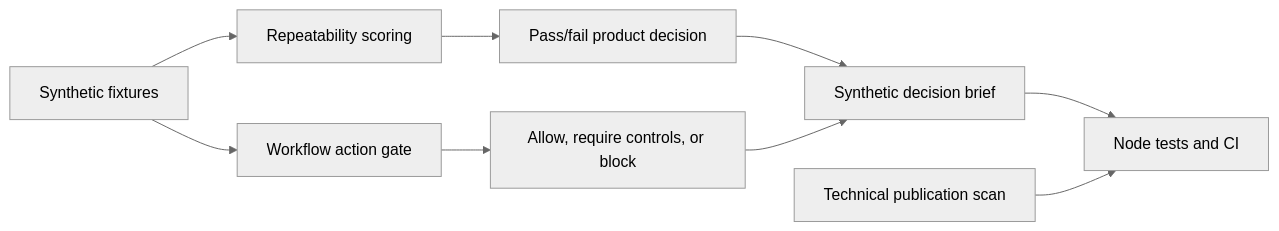
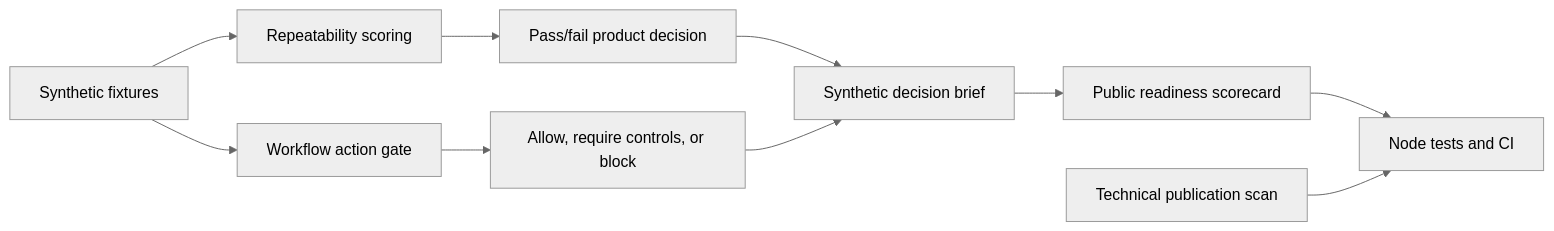
Before and after one commit to guillaumevele/ai-product-lab: the diagram in docs/public-proof-pack.md, drawn with Mermaid (neutral theme). The commit also changed other lines of this file and 7 other files, not shown here.

Commit message:
Add public readiness scorecard

````diff
--- a/docs/public-proof-pack.md
+++ b/docs/public-proof-pack.md
@@ -45,11 +47,12 @@
 ```mermaid
 flowchart LR
   Fixture[Synthetic fixtures] --> Repeatability[Repeatability scoring]
   Fixture --> Gate[Workflow action gate]
   Repeatability --> ProductDecision[Pass/fail product decision]
   Gate --> ActionDecision[Allow, require controls, or block]
   ProductDecision --> Brief[Synthetic decision brief]
   ActionDecision --> Brief
-  Brief --> Tests[Node tests and CI]
+  Brief --> Scorecard[Public readiness scorecard]
+  Scorecard --> Tests[Node tests and CI]
   SafetyScan[Technical publication scan] --> Tests
 ```
````
